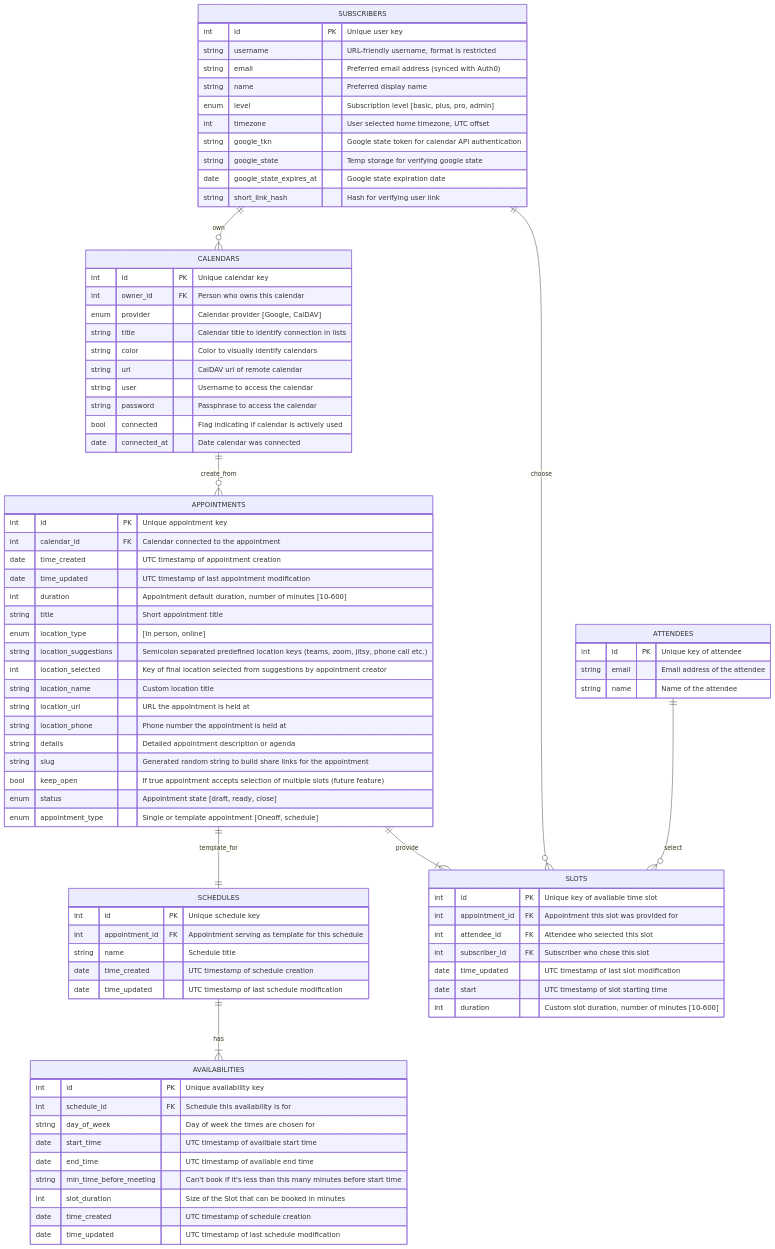
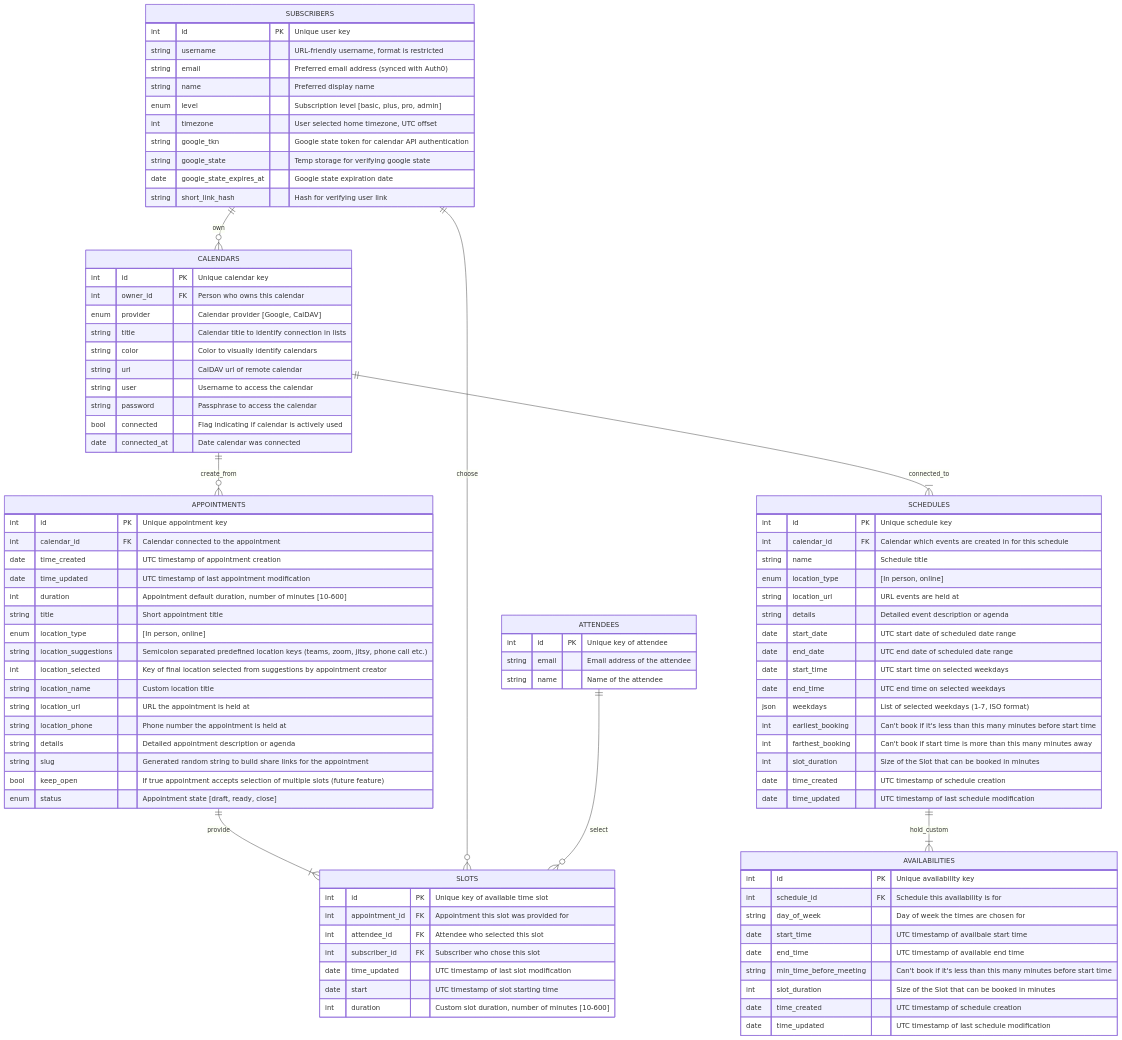
One commit to thunderbird/appointment changed the second of 2 diagrams in docs/README.md. Above: the diagram before and after it, drawn with Mermaid. The commit also changed 7 other files, not shown here.

```diff
--- a/docs/README.md
+++ b/docs/README.md
@@ -94,17 +94,27 @@
     string slug "Generated random string to build share links for the appointment"
     bool keep_open "If true appointment accepts selection of multiple slots (future feature)"
     enum status "Appointment state [draft, ready, close]"
-    enum appointment_type "Single or template appointment [Oneoff, schedule]"
   }
-  APPOINTMENTS ||--|| SCHEDULES : template_for
+  CALENDARS ||--|{ SCHEDULES : connected_to
   SCHEDULES {
     int id PK "Unique schedule key"
-    int appointment_id FK "Appointment serving as template for this schedule"
+    int calendar_id FK "Calendar which events are created in for this schedule"
     string name "Schedule title"
+    enum location_type "[In person, online]"
+    string location_url "URL events are held at"
+    string details "Detailed event description or agenda"
+    date start_date "UTC start date of scheduled date range"
+    date end_date "UTC end date of scheduled date range"
+    date start_time "UTC start time on selected weekdays"
+    date end_time "UTC end time on selected weekdays"
+    json weekdays "List of selected weekdays (1-7, ISO format)"
+    int earliest_booking "Can't book if it's less than this many minutes before start time"
+    int farthest_booking "Can't book if start time is more than this many minutes away"
+    int slot_duration "Size of the Slot that can be booked in minutes"
     date time_created "UTC timestamp of schedule creation"
     date time_updated "UTC timestamp of last schedule modification"
   }
-  SCHEDULES ||--|{ AVAILABILITIES : has
+  SCHEDULES ||--|{ AVAILABILITIES : hold_custom
   AVAILABILITIES {
     int id PK "Unique availability key"
     int schedule_id FK "Schedule this availability is for"
```
